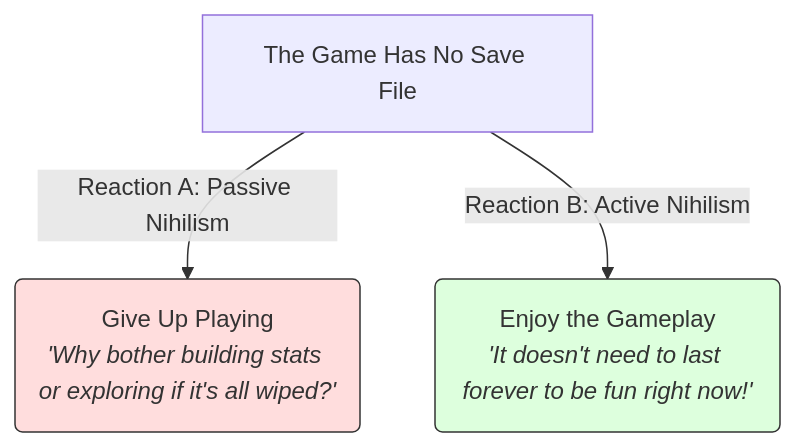
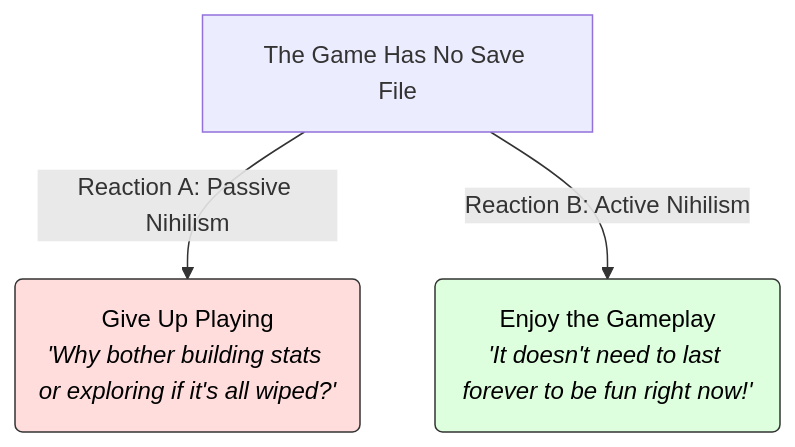
Before and after one commit to AtlasRoX/everything101: the diagram in humanities-finance-society/Philosophy/Nihilism101.md, drawn with Mermaid. The commit also changed 27 other files, not shown here.

````diff
--- a/humanities-finance-society/Philosophy/Nihilism101.md
+++ b/humanities-finance-society/Philosophy/Nihilism101.md
@@ -19,8 +19,8 @@
 ```mermaid
 graph TD
     Nihilism[The Game Has No Save File] -->|Reaction A: Passive Nihilism| Passive("Give Up Playing<br><i>'Why bother building stats or exploring if it's all wiped?'</i>")
     Nihilism -->|Reaction B: Active Nihilism| Active("Enjoy the Gameplay<br><i>'It doesn't need to last forever to be fun right now!'</i>")
     
-    style Active fill:#dfd,stroke:#333
-    style Passive fill:#fdd,stroke:#333
+    style Active fill:#dfd,stroke:#333,color:#000
+    style Passive fill:#fdd,stroke:#333,color:#000
 ```
````
